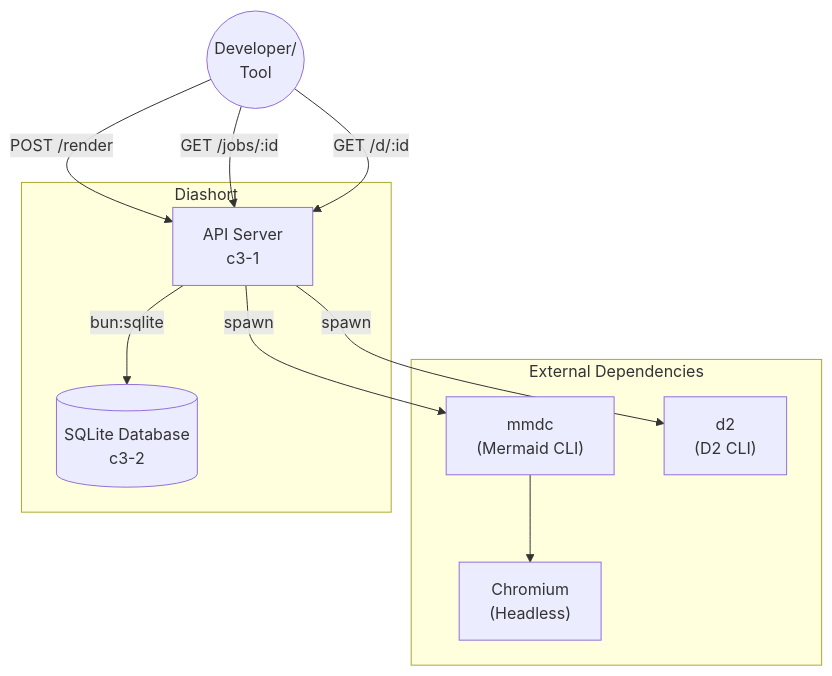
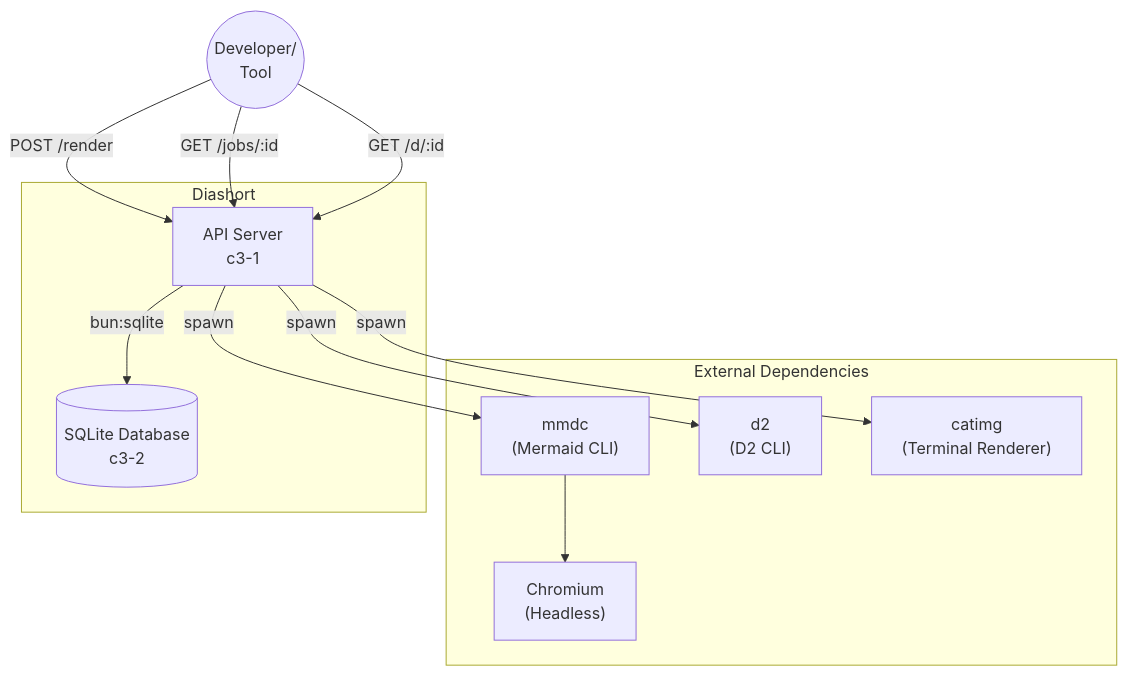
The diagram in .c3/README.md (lagz0ne/diashort), drawn with Mermaid before and after one commit. The commit also changed other lines of this file and 6 other files, not shown here.

First line of the commit message:
docs(c3): add terminal renderer component documentation

````diff
--- a/.c3/README.md
+++ b/.c3/README.md
@@ -23,22 +23,24 @@
 ```mermaid
 flowchart TB
     subgraph External["External Dependencies"]
         MMDC["mmdc<br/>(Mermaid CLI)"]
         D2["d2<br/>(D2 CLI)"]
         Chromium["Chromium<br/>(Headless)"]
+        Catimg["catimg<br/>(Terminal Renderer)"]
     end
 
     subgraph Diashort["Diashort"]
         API["API Server<br/>c3-1"]
         SQLite[("SQLite Database<br/>c3-2")]
     end
 
     User((Developer/<br/>Tool)) -->|POST /render| API
     User -->|GET /jobs/:id| API
     User -->|GET /d/:id| API
 
     API -->|spawn| MMDC
     API -->|spawn| D2
+    API -->|spawn| Catimg
     API -->|bun:sqlite| SQLite
     MMDC --> Chromium
 ```
````
